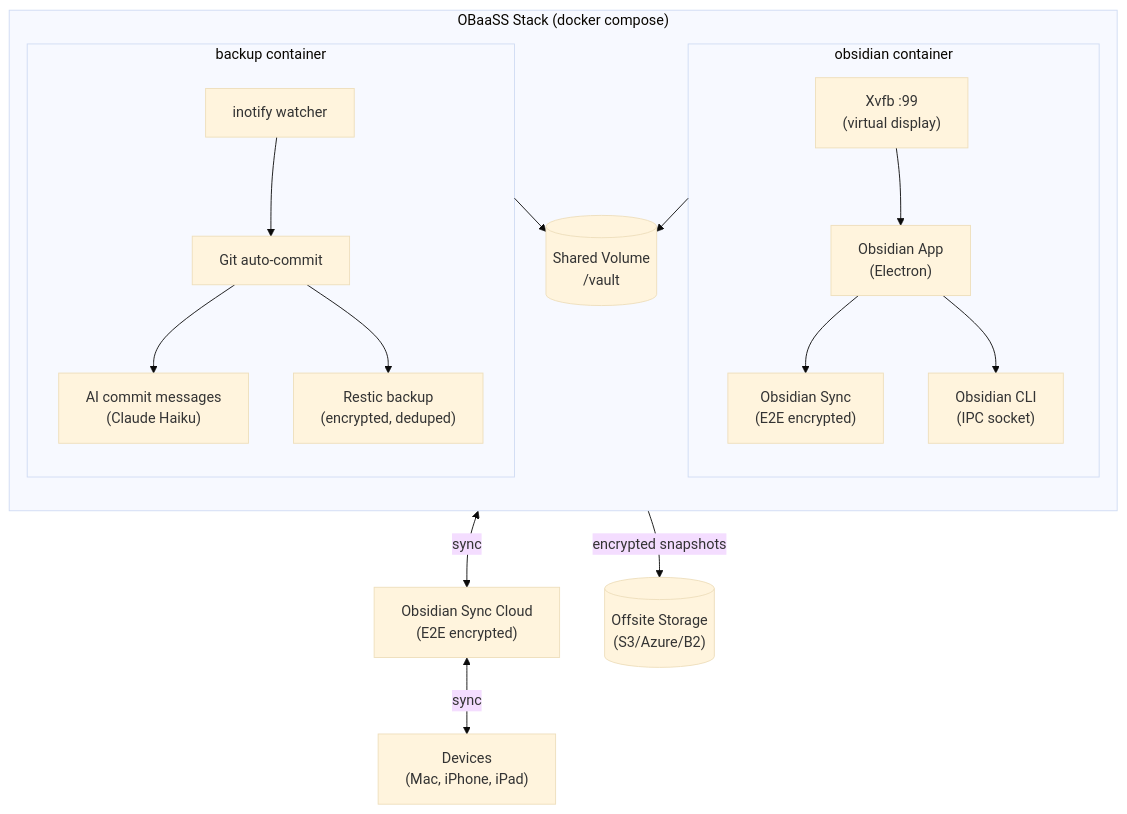
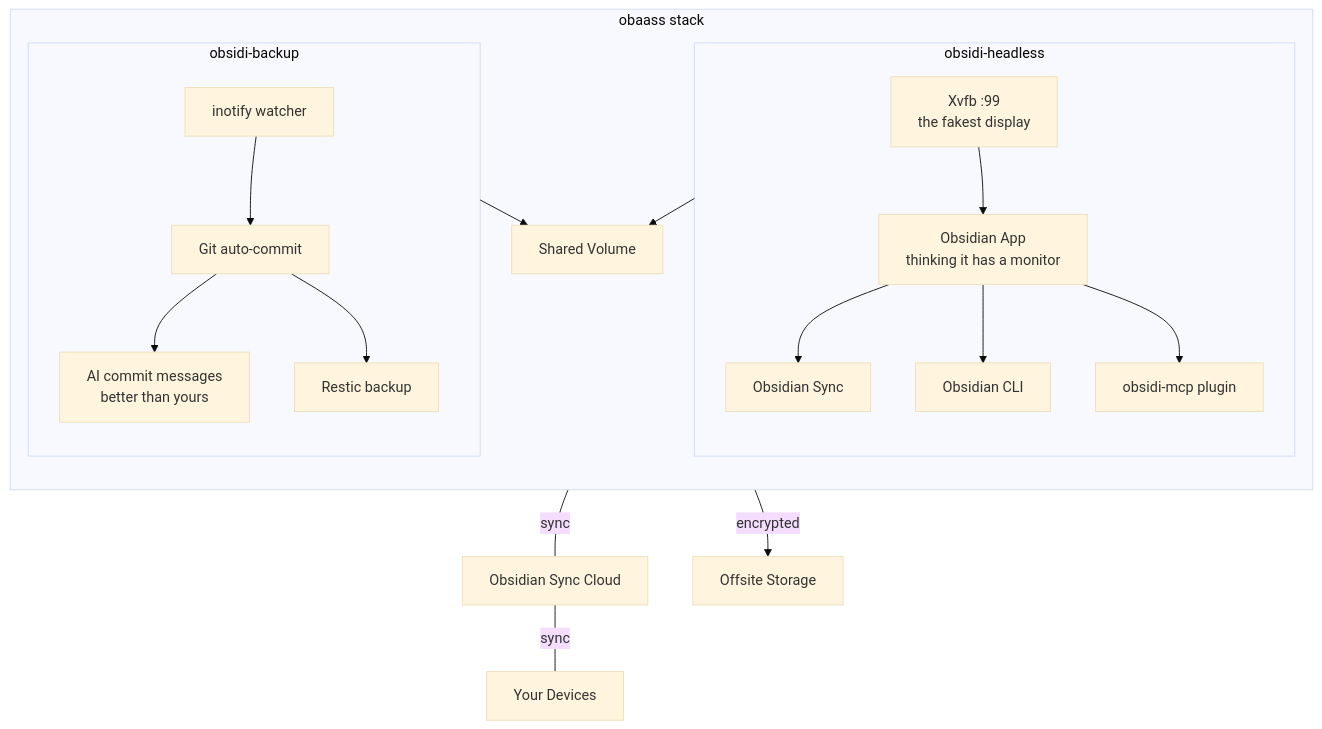
One commit to cameronsjo/obaass changed the third of 5 diagrams in docs/architecture.md. Above: the diagram before and after it, drawn with Mermaid (base theme). The commit also changed other lines of this file and 12 other files, not shown here.

First line of the commit message:
docs: add generated illustrations, sync-setup, and mcp-integration guides

````diff
--- a/docs/architecture.md
+++ b/docs/architecture.md
@@ -9,39 +88,41 @@
 ```mermaid
 graph TB
-    subgraph OBaaSS["OBaaSS Stack (docker compose)"]
+    subgraph obaass["obaass stack"]
         direction TB
 
-        subgraph obsidian["obsidian container"]
-            xvfb["Xvfb :99<br/>(virtual display)"]
-            app["Obsidian App<br/>(Electron)"]
-            sync["Obsidian Sync<br/>(E2E encrypted)"]
-            cli["Obsidian CLI<br/>(IPC socket)"]
+        subgraph obsidian["obsidi-headless"]
+            xvfb["Xvfb :99<br/>the fakest display"]
+            app["Obsidian App<br/>thinking it has a monitor"]
+            sync["Obsidian Sync"]
+            cli["Obsidian CLI"]
+            mcp["obsidi-mcp plugin"]
             xvfb --> app
             app --> sync
             app --> cli
+            app --> mcp
         end
 
-        subgraph backup["backup container"]
+        subgraph backup["obsidi-backup"]
             inotify["inotify watcher"]
             git["Git auto-commit"]
-            ai["AI commit messages<br/>(Claude Haiku)"]
-            restic["Restic backup<br/>(encrypted, deduped)"]
+            ai["AI commit messages<br/>better than yours"]
+            restic["Restic backup"]
             inotify --> git
             git --> ai
             git --> restic
         end
 
-        vault[("Shared Volume<br/>/vault")]
+        vault["Shared Volume"]
         obsidian --> vault
         backup --> vault
     end
 
-    cloud["Obsidian Sync Cloud<br/>(E2E encrypted)"]
-    sync <-->|"sync"| cloud
+    cloud["Obsidian Sync Cloud"]
+    sync ---|sync| cloud
 
-    offsite[("Offsite Storage<br/>(S3/Azure/B2)")]
-    restic -->|"encrypted snapshots"| offsite
+    offsite["Offsite Storage"]
+    restic -- encrypted --> offsite
 
-    devices["Devices<br/>(Mac, iPhone, iPad)"]
-    cloud <-->|"sync"| devices
+    devices["Your Devices"]
+    cloud ---|sync| devices
 ```
````
